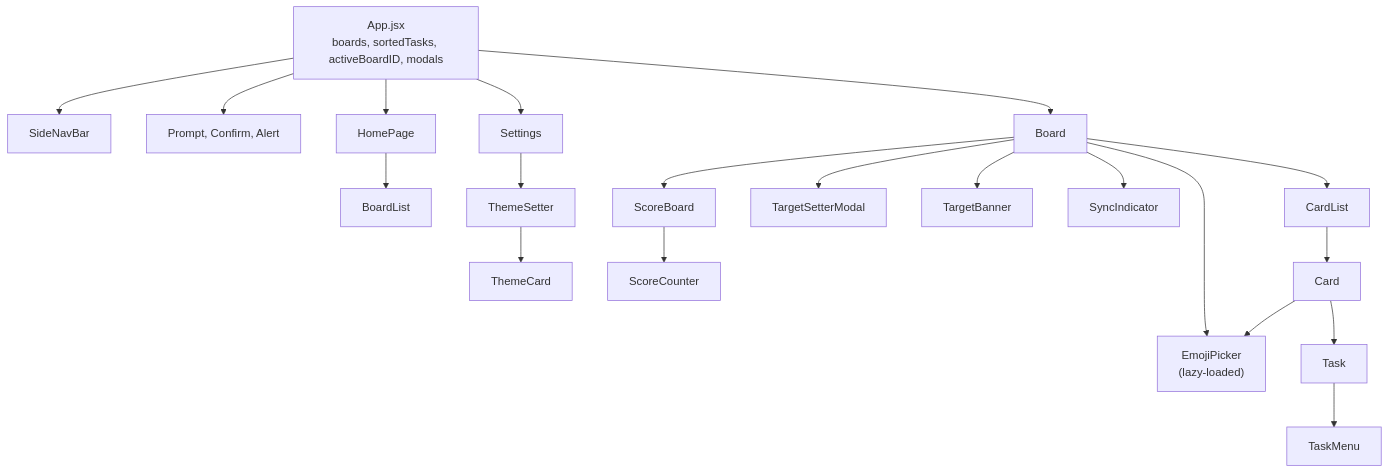
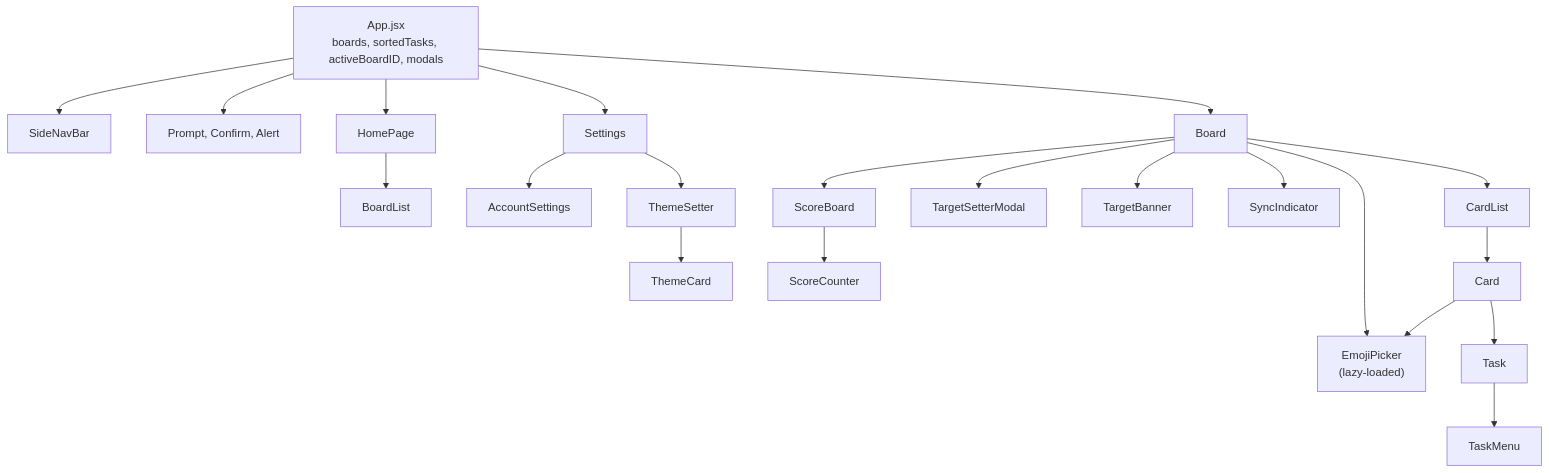
Before and after one commit to TomBenjaminMorris/listpal-frontend: the second of 10 diagrams in ARCHITECTURE.md, drawn with Mermaid. The commit also changed other lines of this file and 8 other files, not shown here.

First line of the commit message:
Add an Account section to Settings

````diff
--- a/ARCHITECTURE.md
+++ b/ARCHITECTURE.md
@@ -112,21 +115,22 @@
 ```mermaid
 flowchart TB
     App["App.jsx<br/>boards, sortedTasks, activeBoardID, modals"]
     App --> SNB["SideNavBar"]
     App --> Modals["Prompt, Confirm, Alert"]
     App --> Home["HomePage"]
     App --> Settings["Settings"]
     App --> Board["Board"]
     Home --> BL["BoardList"]
+    Settings --> AS["AccountSettings"]
     Settings --> TS["ThemeSetter"] --> TC["ThemeCard"]
     Board --> SB["ScoreBoard"] --> SC["ScoreCounter"]
     Board --> TSM["TargetSetterModal"]
     Board --> TB["TargetBanner"]
     Board --> EP["EmojiPicker<br/>(lazy-loaded)"]
     Board --> SI["SyncIndicator"]
     Board --> CardList["CardList"]
     CardList --> Card["Card"]
     Card --> EP
     Card --> Task["Task"]
     Task --> TaskMenu["TaskMenu"]
 ```
````
